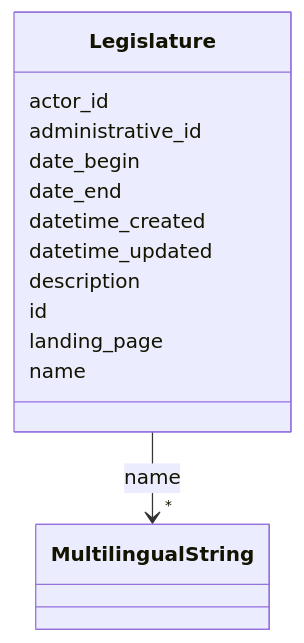
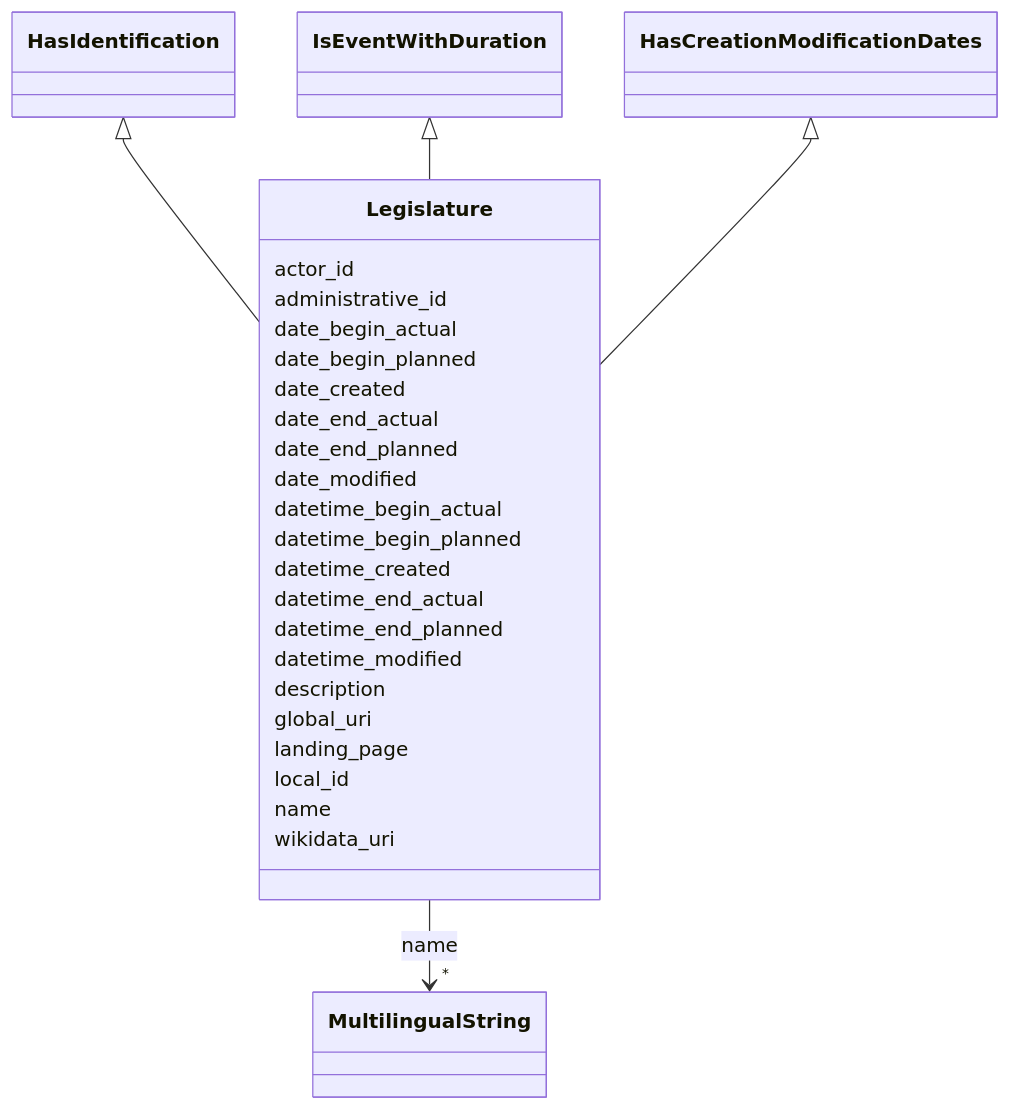
One commit to swiss/political-affairs-ech-group changed the diagram in ech-0293_operations/output/docs/Legislature.md. Above: the diagram before and after it, drawn with Mermaid. The commit also changed other lines of this file and 79 other files, not shown here.

````diff
--- a/ech-0293_operations/output/docs/Legislature.md
+++ b/ech-0293_operations/output/docs/Legislature.md
@@ -22,35 +22,62 @@
 ```mermaid
  classDiagram
     class Legislature
     click Legislature href "../Legislature/"
+      HasIdentification <|-- Legislature
+        click HasIdentification href "../HasIdentification/"
+      IsEventWithDuration <|-- Legislature
+        click IsEventWithDuration href "../IsEventWithDuration/"
+      HasCreationModificationDates <|-- Legislature
+        click HasCreationModificationDates href "../HasCreationModificationDates/"
+      
       Legislature : actor_id
         
       Legislature : administrative_id
         
-      Legislature : date_begin
+      Legislature : date_begin_actual
         
-      Legislature : date_end
+      Legislature : date_begin_planned
+        
+      Legislature : date_created
+        
+      Legislature : date_end_actual
+        
+      Legislature : date_end_planned
+        
+      Legislature : date_modified
+        
+      Legislature : datetime_begin_actual
+        
+      Legislature : datetime_begin_planned
         
       Legislature : datetime_created
         
-      Legislature : datetime_updated
+      Legislature : datetime_end_actual
+        
+      Legislature : datetime_end_planned
+        
+      Legislature : datetime_modified
         
       Legislature : description
         
-      Legislature : id
+      Legislature : global_uri
         
       Legislature : landing_page
+        
+      Legislature : local_id
         
       Legislature : name
         
           
     
         
         
         Legislature --> "*" MultilingualString : name
         click MultilingualString href "../MultilingualString/"
     
 
         
+      Legislature : wikidata_uri
+        
       
 ```
````
